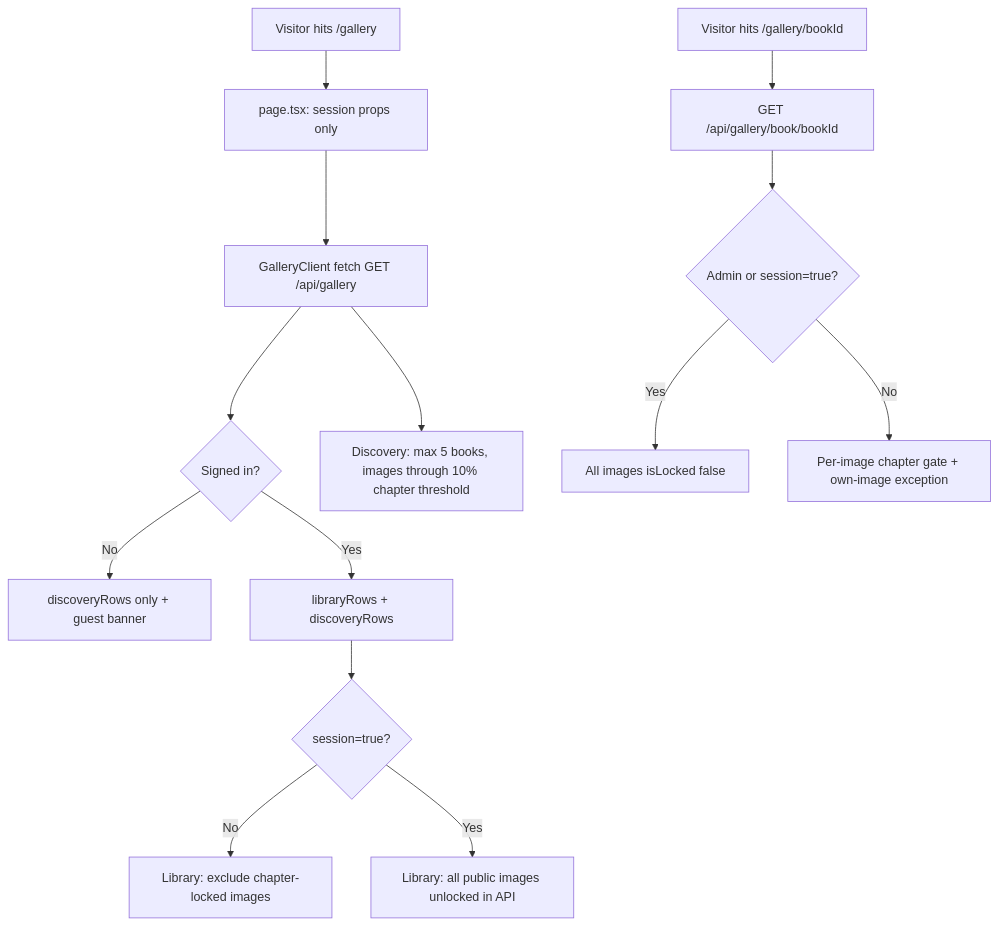
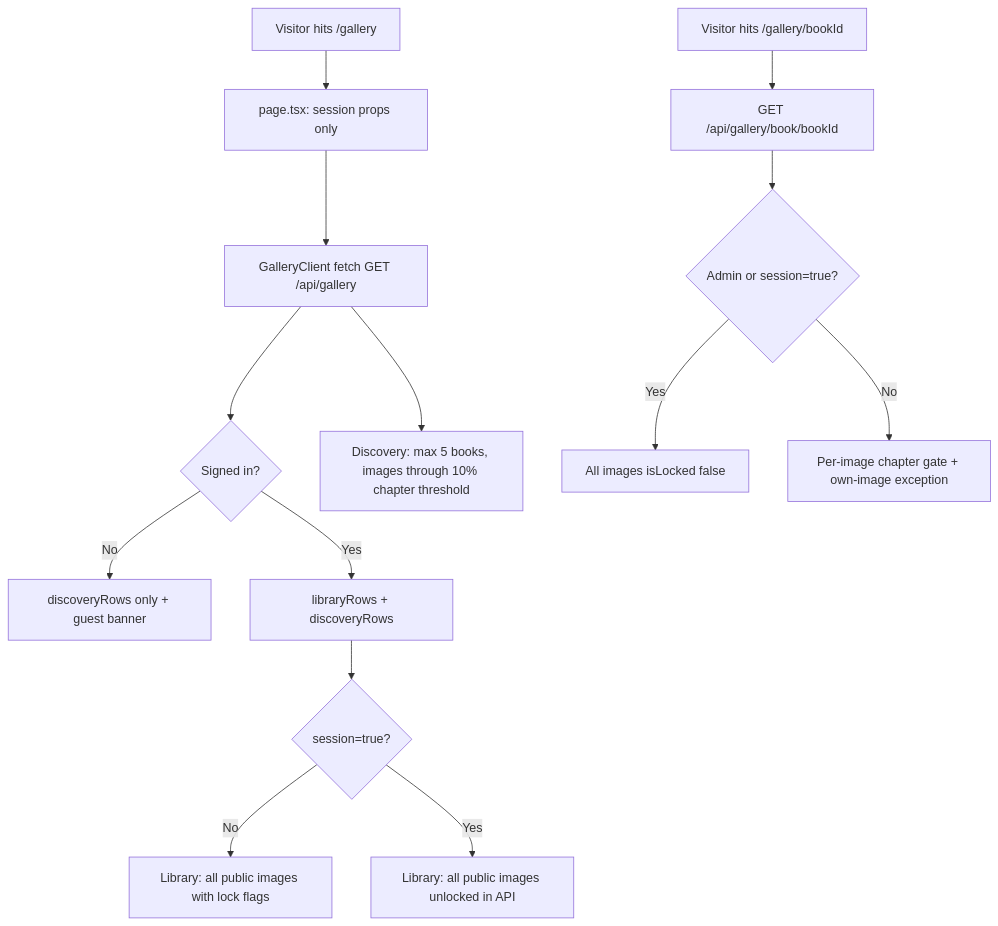
One commit to C-R-Cook/NovelViz-2 changed the diagram in docs/gallery-system.md. Above: the diagram before and after it, drawn with Mermaid. The commit also changed other lines of this file and 18 other files, not shown here.

````diff
--- a/docs/gallery-system.md
+++ b/docs/gallery-system.md
@@ -258,19 +262,19 @@
 ```mermaid
 flowchart TD
   A[Visitor hits /gallery] --> B[page.tsx: session props only]
   B --> C[GalleryClient fetch GET /api/gallery]
   C --> D{Signed in?}
   D -->|No| E[discoveryRows only + guest banner]
   D -->|Yes| F[libraryRows + discoveryRows]
 
   F --> G{session=true?}
-  G -->|No| H[Library: exclude chapter-locked images]
+  G -->|No| H[Library: all public images with lock flags]
   G -->|Yes| I[Library: all public images unlocked in API]
 
   C --> J[Discovery: max 5 books, images through 10% chapter threshold]
 
   L[Visitor hits /gallery/bookId] --> M[GET /api/gallery/book/bookId]
   M --> N{Admin or session=true?}
   N -->|Yes| O[All images isLocked false]
   N -->|No| P[Per-image chapter gate + own-image exception]
 ```
````
